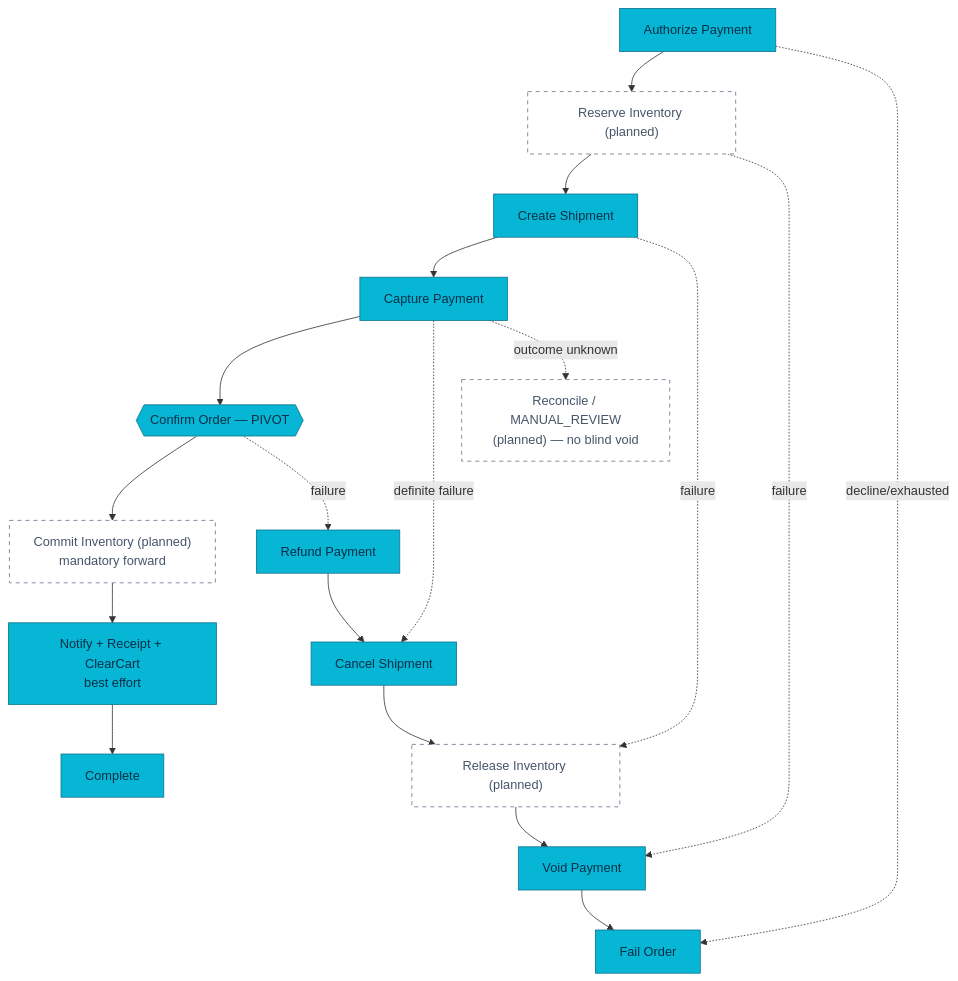
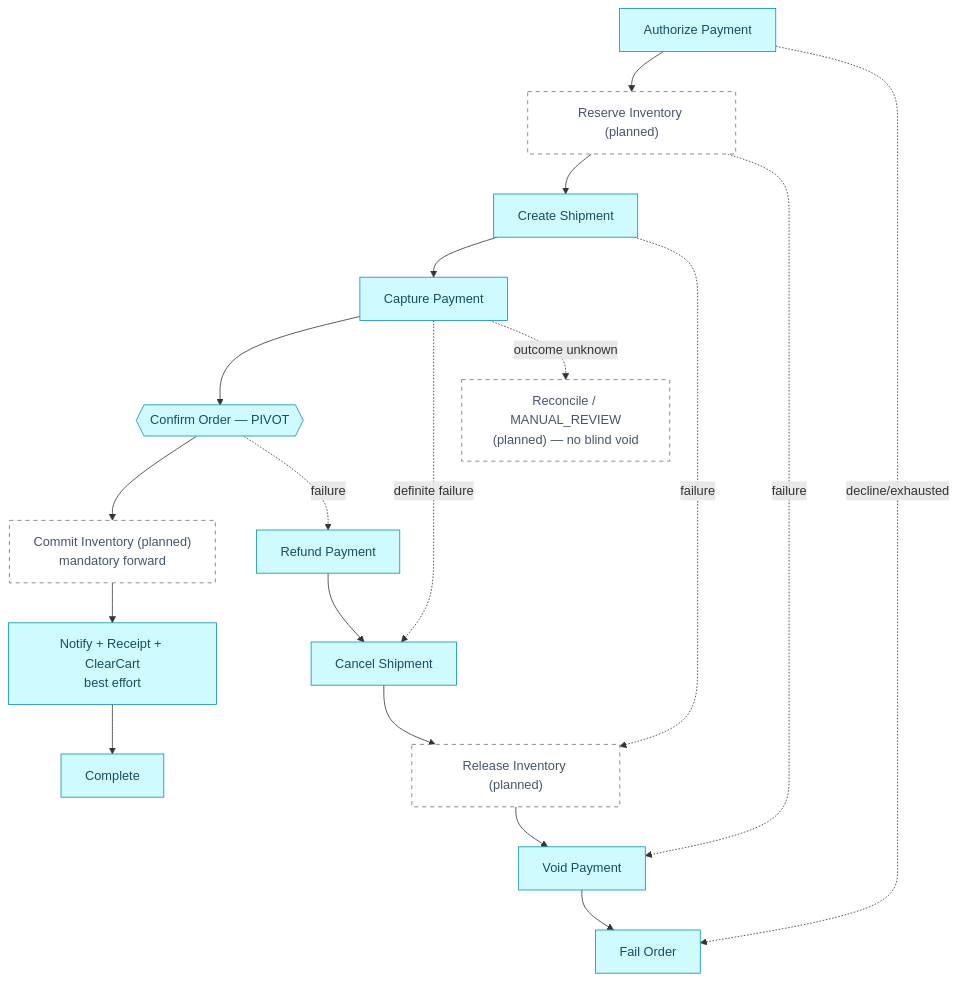
The second of 2 diagrams in docs/proposals/rfc/RFC-0021/README.md (duynhlab/homelab), drawn with Mermaid before and after one commit. The commit also changed other lines of this file and 174 other files, not shown here.

First line of the commit message:
Soft-tint diagram palette, a signal-flow diagram, a Linux-ready Draw.io skill

````diff
--- a/docs/proposals/rfc/RFC-0021/README.md
+++ b/docs/proposals/rfc/RFC-0021/README.md
@@ -186,27 +186,27 @@
 ```mermaid
 flowchart TD
     A["Authorize Payment"] --> B["Reserve Inventory (planned)"]
     B --> C["Create Shipment"]
     C --> D["Capture Payment"]
     D --> E{{"Confirm Order — PIVOT"}}
     E --> F["Commit Inventory (planned)<br/>mandatory forward"]
     F --> G["Notify + Receipt + ClearCart<br/>best effort"]
     G --> H["Complete"]
 
     A -. "decline/exhausted" .-> FA["Fail Order"]
     B -. "failure" .-> VB["Void Payment"]
     C -. "failure" .-> RC["Release Inventory (planned)"]
     D -. "definite failure" .-> CD["Cancel Shipment"]
     D -. "outcome unknown" .-> MR["Reconcile / MANUAL_REVIEW<br/>(planned) — no blind void"]
     E -. "failure" .-> RE["Refund Payment"]
     VB --> FA
     RC --> VB
     CD --> RC
     RE --> CD
 
-    classDef service fill:#06b6d4,color:#082f49,stroke:#0e7490;
-    classDef worker fill:#f59e0b,color:#451a03,stroke:#b45309;
+    classDef service fill:#cffafe,color:#164e63,stroke:#0891b2;
+    classDef worker fill:#fef3c7,color:#78350f,stroke:#d97706;
     classDef planned fill:#fff,color:#475569,stroke:#64748b,stroke-dasharray:5 5;
     class A,C,D,E,G,H,VB,CD,RE,FA service;
     class B,F,RC,MR planned;
 ```
````
